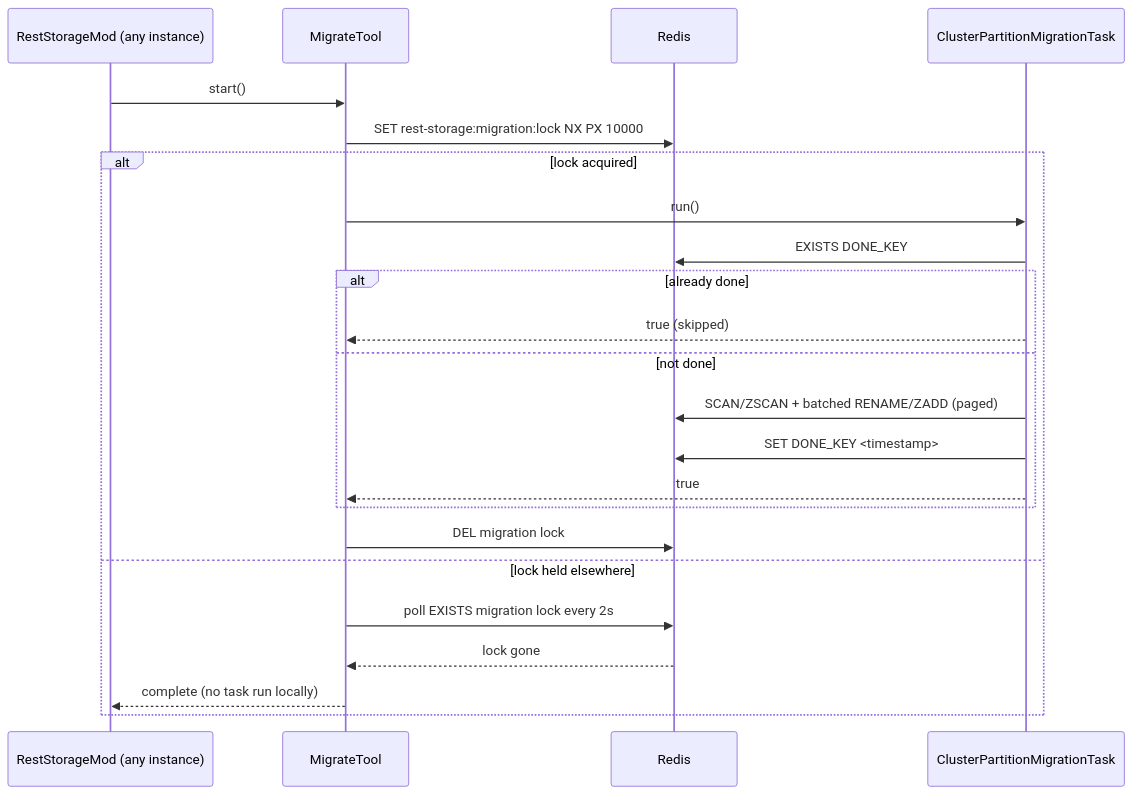
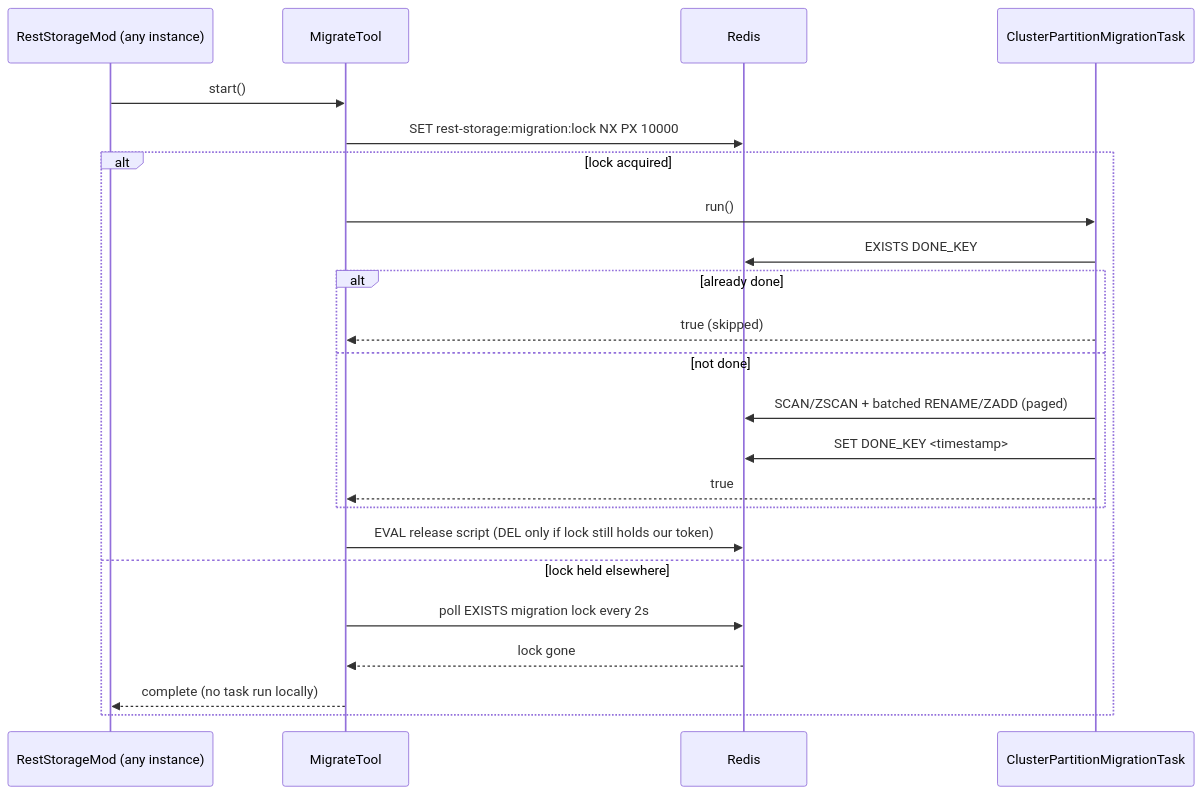
One commit to swisspost/vertx-rest-storage changed the fourth of 4 diagrams in docs/ClusterPartitionMigrationTask.MD. Above: the diagram before and after it, drawn with Mermaid. The commit also changed other lines of this file and 8 other files, not shown here.

````diff
--- a/docs/ClusterPartitionMigrationTask.MD
+++ b/docs/ClusterPartitionMigrationTask.MD
@@ -89,26 +89,26 @@
 ```mermaid
 sequenceDiagram
     participant App as RestStorageMod (any instance)
     participant MT as MigrateTool
     participant Redis
     participant Task as ClusterPartitionMigrationTask
 
     App->>MT: start()
     MT->>Redis: SET rest-storage:migration:lock NX PX 10000
     alt lock acquired
         MT->>Task: run()
         Task->>Redis: EXISTS DONE_KEY
         alt already done
             Task-->>MT: true (skipped)
         else not done
             Task->>Redis: SCAN/ZSCAN + batched RENAME/ZADD (paged)
             Task->>Redis: SET DONE_KEY <timestamp>
             Task-->>MT: true
         end
-        MT->>Redis: DEL migration lock
+        MT->>Redis: EVAL release script (DEL only if lock still holds our token)
     else lock held elsewhere
         MT->>Redis: poll EXISTS migration lock every 2s
         Redis-->>MT: lock gone
         MT-->>App: complete (no task run locally)
     end
 ```
````
